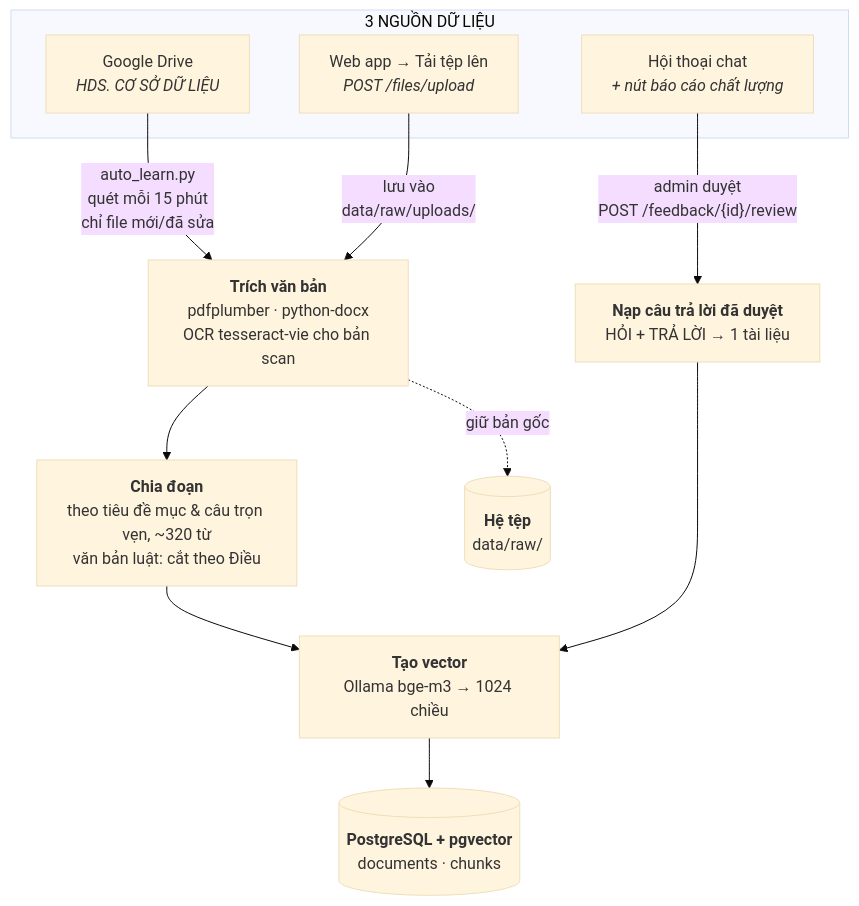
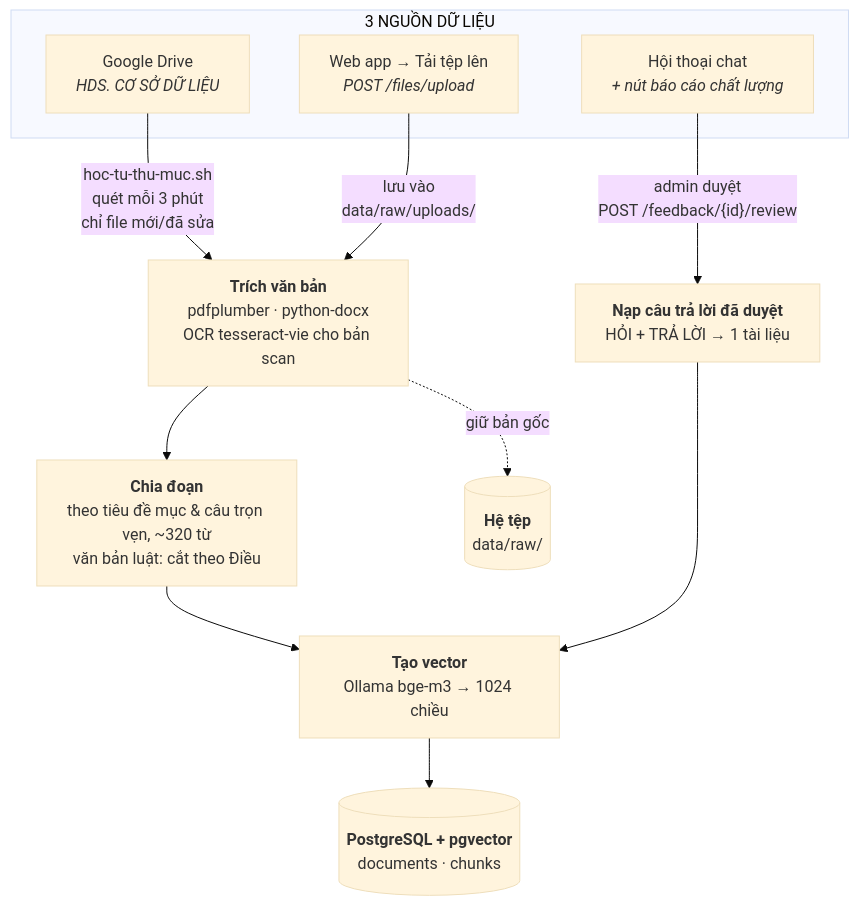
The first of 3 diagrams in deploy/LUU_TRU_DU_LIEU.md (hdshtpl-creator/server), drawn with Mermaid (base theme) before and after one commit. The commit also changed other lines of this file and 292 other files, not shown here.

````diff
--- a/deploy/LUU_TRU_DU_LIEU.md
+++ b/deploy/LUU_TRU_DU_LIEU.md
@@ -29,26 +29,26 @@
 ```mermaid
 flowchart TB
     subgraph NGUON["3 NGUỒN DỮ LIỆU"]
         DRV["Google Drive<br/><i>HDS. CƠ SỞ DỮ LIỆU</i>"]
         UPL["Web app → Tải tệp lên<br/><i>POST /files/upload</i>"]
         FB["Hội thoại chat<br/><i>+ nút báo cáo chất lượng</i>"]
     end
 
-    DRV -->|"auto_learn.py<br/>quét mỗi 15 phút<br/>chỉ file mới/đã sửa"| EXT
+    DRV -->|"hoc-tu-thu-muc.sh<br/>quét mỗi 3 phút<br/>chỉ file mới/đã sửa"| EXT
     UPL -->|"lưu vào<br/>data/raw/uploads/"| EXT
     FB -->|"admin duyệt<br/>POST /feedback/{id}/review"| PROMO
 
     EXT["<b>Trích văn bản</b><br/>pdfplumber · python-docx<br/>OCR tesseract-vie cho bản scan"]
     EXT --> CHUNK
     CHUNK["<b>Chia đoạn</b><br/>theo tiêu đề mục &amp; câu trọn vẹn, ~320 từ<br/>văn bản luật: cắt theo Điều"]
     CHUNK --> EMB
     PROMO["<b>Nạp câu trả lời đã duyệt</b><br/>HỎI + TRẢ LỜI → 1 tài liệu"]
     PROMO --> EMB
     EMB["<b>Tạo vector</b><br/>Ollama bge-m3 → 1024 chiều"]
 
     EMB --> PG
     EXT -.->|"giữ bản gốc"| FS
 
     FS[("<b>Hệ tệp</b><br/>data/raw/")]
     PG[("<b>PostgreSQL + pgvector</b><br/>documents · chunks")]
 ```
````
